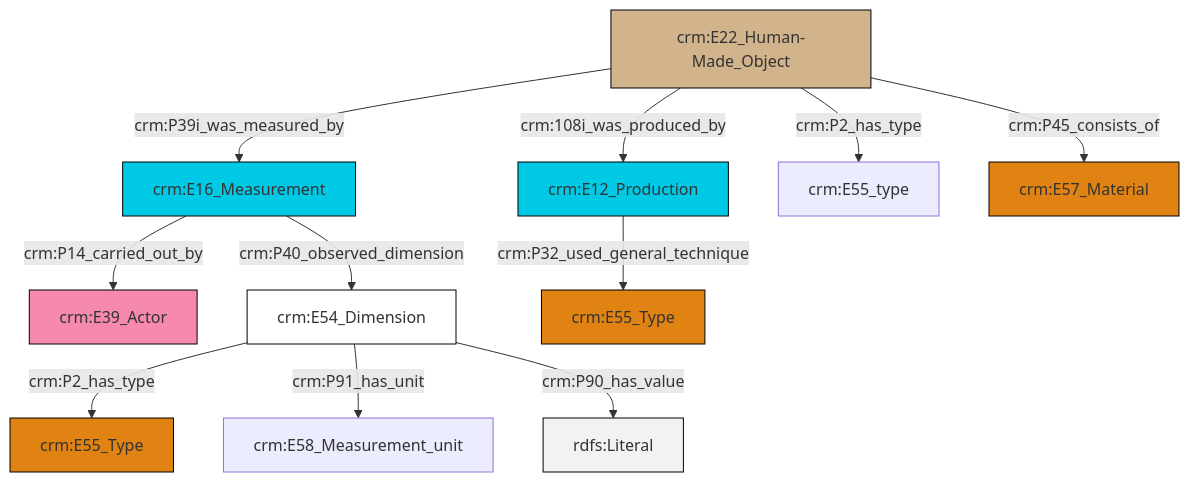
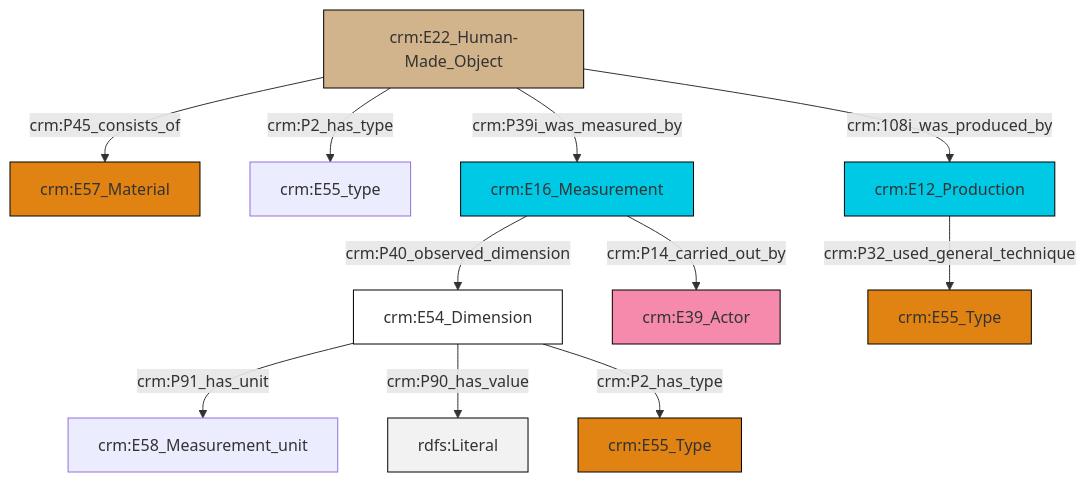
Before and after one commit to swiss-art-research-net/docs.swissartresearch: the diagram in et/artworkCSV/ttl/mmd/Artwork_substance.ttl.mmd, drawn with Mermaid. The commit also changed 179 other files, not shown here.

```diff
--- a/et/artworkCSV/ttl/mmd/Artwork_substance.ttl.mmd
+++ b/et/artworkCSV/ttl/mmd/Artwork_substance.ttl.mmd
@@ -1,25 +1,25 @@
 graph TD
 classDef Literal fill:#f2f2f2,stroke:#000000;
 classDef CRM_Entity fill:#FFFFFF,stroke:#000000;
 classDef Temporal_Entity fill:#00C9E6, stroke:#000000;
 classDef Type fill:#E18312, stroke:#000000;
 classDef Time-Span fill:#2C9C91, stroke:#000000;
 classDef Appellation fill:#FFEB7F, stroke:#000000;
 classDef Place fill:#008836, stroke:#000000;
 classDef Persistent_Item fill:#B266B2, stroke:#000000;
 classDef Conceptual_Object fill:#FFD700, stroke:#000000;
 classDef Physical_Thing fill:#D2B48C, stroke:#000000;
 classDef Actor fill:#f58aad, stroke:#000000;
 classDef PC_Classes fill:#4ce600, stroke:#000000;
 classDef Multi fill:#cccccc,stroke:#000000;
 
-0["crm:E22_Human-Made_Object"]:::Physical_Thing -->|crm:P39i_was_measured_by| 1["crm:E16_Measurement"]:::Temporal_Entity
-4["crm:E12_Production"]:::Temporal_Entity -->|crm:P32_used_general_technique| 5["crm:E55_Type"]:::Type
-1["crm:E16_Measurement"]:::Temporal_Entity -->|crm:P14_carried_out_by| 2["crm:E39_Actor"]:::Actor
-1["crm:E16_Measurement"]:::Temporal_Entity -->|crm:P40_observed_dimension| 6["crm:E54_Dimension"]:::CRM_Entity
-0["crm:E22_Human-Made_Object"]:::Physical_Thing -->|crm:108i_was_produced_by| 4["crm:E12_Production"]:::Temporal_Entity
-0["crm:E22_Human-Made_Object"]:::Physical_Thing -->|crm:P2_has_type| 10["crm:E55_type"]:::Default
-6["crm:E54_Dimension"]:::CRM_Entity -->|crm:P2_has_type| 13["crm:E55_Type"]:::Type
-0["crm:E22_Human-Made_Object"]:::Physical_Thing -->|crm:P45_consists_of| 8["crm:E57_Material"]:::Type
-6["crm:E54_Dimension"]:::CRM_Entity -->|crm:P91_has_unit| 14["crm:E58_Measurement_unit"]:::Default
-6["crm:E54_Dimension"]:::CRM_Entity -->|crm:P90_has_value| 17[rdfs:Literal]:::Literal
+0["crm:E22_Human-Made_Object"]:::Physical_Thing -->|crm:P45_consists_of| 1["crm:E57_Material"]:::Type
+2["crm:E54_Dimension"]:::CRM_Entity -->|crm:P91_has_unit| 3["crm:E58_Measurement_unit"]:::Default
+2["crm:E54_Dimension"]:::CRM_Entity -->|crm:P90_has_value| 7[rdfs:Literal]:::Literal
+10["crm:E16_Measurement"]:::Temporal_Entity -->|crm:P40_observed_dimension| 2["crm:E54_Dimension"]:::CRM_Entity
+0["crm:E22_Human-Made_Object"]:::Physical_Thing -->|crm:P2_has_type| 8["crm:E55_type"]:::Default
+0["crm:E22_Human-Made_Object"]:::Physical_Thing -->|crm:P39i_was_measured_by| 10["crm:E16_Measurement"]:::Temporal_Entity
+2["crm:E54_Dimension"]:::CRM_Entity -->|crm:P2_has_type| 14["crm:E55_Type"]:::Type
+0["crm:E22_Human-Made_Object"]:::Physical_Thing -->|crm:108i_was_produced_by| 17["crm:E12_Production"]:::Temporal_Entity
+10["crm:E16_Measurement"]:::Temporal_Entity -->|crm:P14_carried_out_by| 11["crm:E39_Actor"]:::Actor
+17["crm:E12_Production"]:::Temporal_Entity -->|crm:P32_used_general_technique| 4["crm:E55_Type"]:::Type
```
